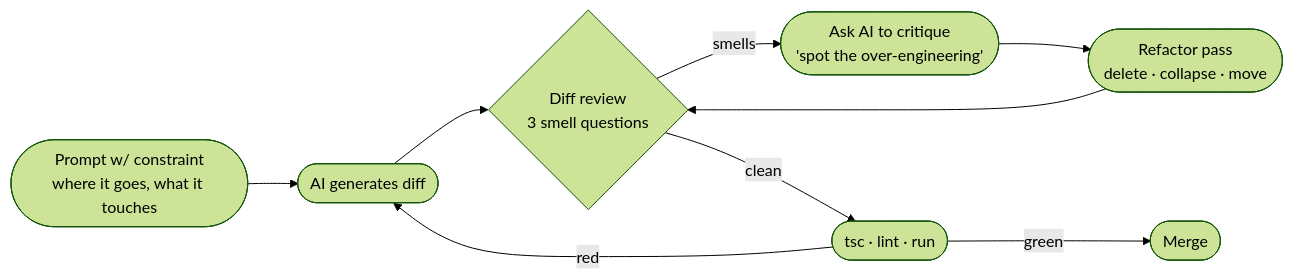
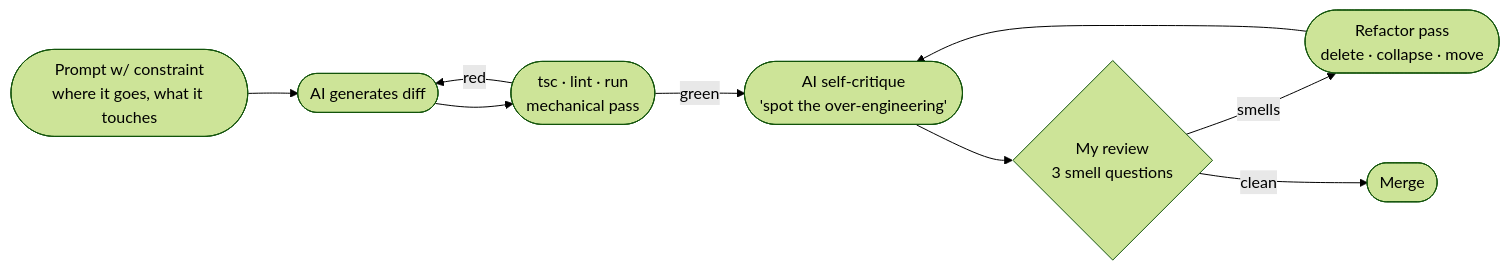
One commit to NickChunglolz/mywebapp changed the second of 2 diagrams in content/posts/shipping-with-ai.md. Above: the diagram before and after it, drawn with Mermaid (forest theme). The commit also changed other lines of this file, not shown here.

First line of the commit message:
Invert audit-loop order — AI reviews first, I review what's left

````diff
--- a/content/posts/shipping-with-ai.md
+++ b/content/posts/shipping-with-ai.md
@@ -90,11 +90,11 @@
 ```mermaid
 flowchart LR
     PROMPT([Prompt w/ constraint<br/>where it goes, what it touches]) --> GEN([AI generates diff])
-    GEN --> READ{Diff review<br/>3 smell questions}
-    READ -->|smells| CRIT([Ask AI to critique<br/>'spot the over-engineering'])
-    CRIT --> REFACTOR([Refactor pass<br/>delete · collapse · move])
-    REFACTOR --> READ
-    READ -->|clean| CHECK([tsc · lint · run])
+    GEN --> CHECK([tsc · lint · run<br/>mechanical pass])
     CHECK -->|red| GEN
-    CHECK -->|green| MERGE([Merge])
+    CHECK -->|green| CRIT([AI self-critique<br/>'spot the over-engineering'])
+    CRIT --> REVIEW{My review<br/>3 smell questions}
+    REVIEW -->|smells| REFACTOR([Refactor pass<br/>delete · collapse · move])
+    REFACTOR --> CRIT
+    REVIEW -->|clean| MERGE([Merge])
 ```
````
